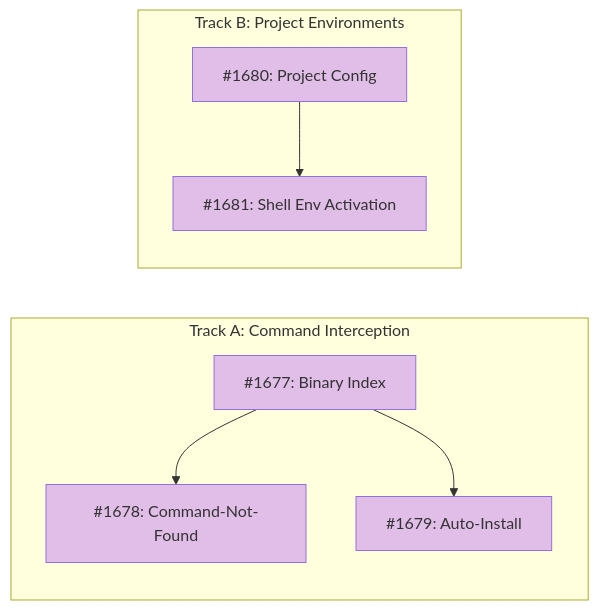
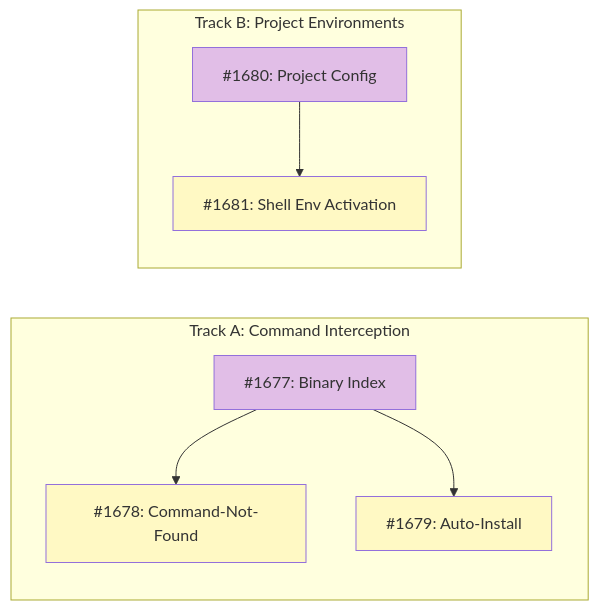
One commit to tsukumogami/tsuku changed the diagram in docs/designs/DESIGN-shell-integration-building-blocks.md. Above: the diagram before and after it, drawn with Mermaid.

Commit message:
fix(shell-integration): correct diagram classes (needsDesign for unblocked, blocked for blocked)

````diff
--- a/docs/designs/DESIGN-shell-integration-building-blocks.md
+++ b/docs/designs/DESIGN-shell-integration-building-blocks.md
@@ -36,24 +36,25 @@
 ```mermaid
 graph LR
     subgraph TrackA["Track A: Command Interception"]
         I1677["#1677: Binary Index"]
         I1678["#1678: Command-Not-Found"]
         I1679["#1679: Auto-Install"]
     end
 
     subgraph TrackB["Track B: Project Environments"]
         I1680["#1680: Project Config"]
         I1681["#1681: Shell Env Activation"]
     end
 
     I1677 --> I1678
     I1677 --> I1679
     I1680 --> I1681
 
     classDef done fill:#c8e6c9
     classDef ready fill:#bbdefb
     classDef blocked fill:#fff9c4
     classDef needsDesign fill:#e1bee7
 
-    class I1677,I1678,I1679,I1680,I1681 needsDesign
+    class I1677,I1680 needsDesign
+    class I1678,I1679,I1681 blocked
 ```
````
